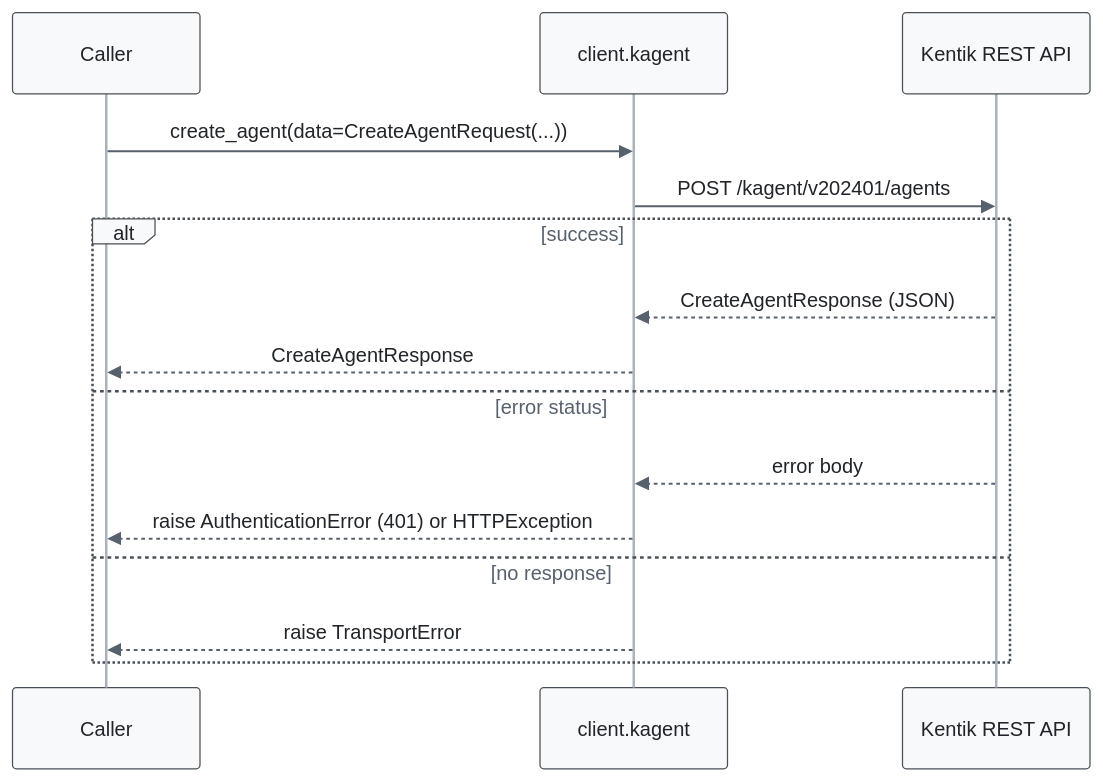
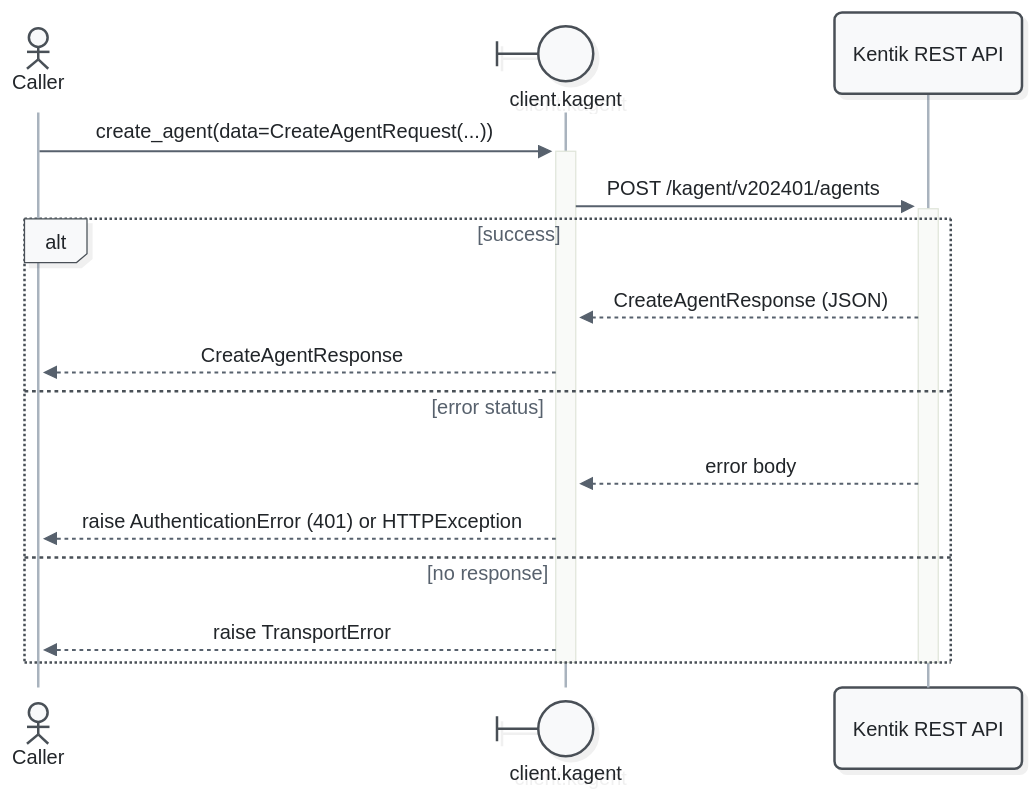
Before and after one commit to alexdearaujo/community_sdk_python: the third of 57 diagrams in docs/sphinx/services/kagent.md, drawn with Mermaid. The commit also changed other lines of this file and 52 other files, not shown here.

First line of the commit message:
docs: Mermaid 12 sequence diagrams with participant types and path colors

````diff
--- a/docs/sphinx/services/kagent.md
+++ b/docs/sphinx/services/kagent.md
@@ -114,19 +119,21 @@
 ```mermaid
-%%{init: {"theme": "base", "fontFamily": "ui-monospace, SFMono-Regular, Menlo, monospace", "themeVariables": {"fontFamily": "ui-monospace, SFMono-Regular, Menlo, monospace", "primaryColor": "#f8f9fa", "primaryBorderColor": "#495057", "primaryTextColor": "#212529", "textColor": "#212529", "lineColor": "#77818c", "edgeLabelBackground": "#ffffff", "actorBkg": "#f8f9fa", "actorBorder": "#495057", "actorTextColor": "#212529", "actorLineColor": "#a9b3be", "signalColor": "#57616d", "signalTextColor": "#212529", "labelBoxBkgColor": "#f8f9fa", "labelBoxBorderColor": "#495057", "labelTextColor": "#212529", "loopTextColor": "#57616d", "noteBkgColor": "#fff9db", "noteBorderColor": "#f08c00", "noteTextColor": "#a35a00"}, "flowchart": {"curve": "step", "nodeSpacing": 30, "rankSpacing": 70, "wrappingWidth": 400}}}%%
+%%{init: {"theme": "redux", "look": "neo", "layout": "dagre", "fontFamily": "ui-monospace, SFMono-Regular, Menlo, monospace", "themeVariables": {"fontFamily": "ui-monospace, SFMono-Regular, Menlo, monospace", "primaryColor": "#f8f9fa", "primaryBorderColor": "#495057", "primaryTextColor": "#212529", "textColor": "#212529", "lineColor": "#77818c", "edgeLabelBackground": "#ffffff", "actorBkg": "#f8f9fa", "actorBorder": "#495057", "actorTextColor": "#212529", "actorLineColor": "#a9b3be", "signalColor": "#57616d", "signalTextColor": "#212529", "labelBoxBkgColor": "#f8f9fa", "labelBoxBorderColor": "#495057", "labelTextColor": "#212529", "loopTextColor": "#57616d", "noteBkgColor": "#fff9db", "noteBorderColor": "#f08c00", "noteTextColor": "#a35a00"}, "sequence": {"activationWidth": 16}, "flowchart": {"curve": "step", "nodeSpacing": 30, "rankSpacing": 70, "wrappingWidth": 400}}}%%
 sequenceDiagram
-    participant C as Caller
-    participant W as client.kagent
+    actor C as Caller
+    participant W@{ "type": "boundary" } as client.kagent
     participant API as Kentik REST API
 
-    C->>W: create_agent(data=CreateAgentRequest(...))
-    W->>API: POST /kagent/v202401/agents
+    C->>+W: create_agent(data=CreateAgentRequest(...))
+    W->>+API: POST /kagent/v202401/agents
     alt success
         API-->>W: CreateAgentResponse (JSON)
         W-->>C: CreateAgentResponse
     else error status
         API-->>W: error body
         W-->>C: raise AuthenticationError (401) or HTTPException
     else no response
         W-->>C: raise TransportError
     end
+    deactivate API
+    deactivate W
 ```
````
